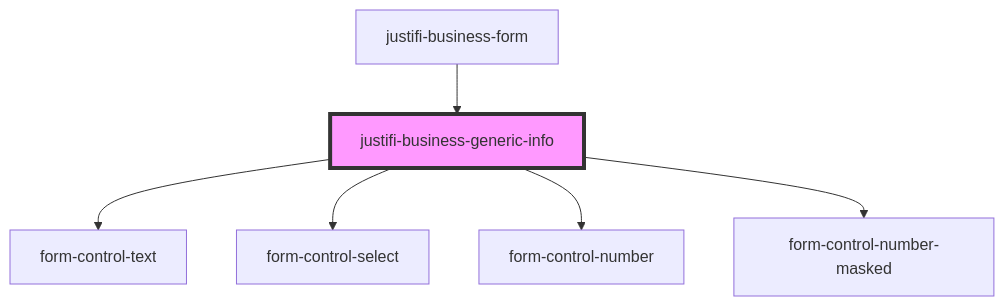
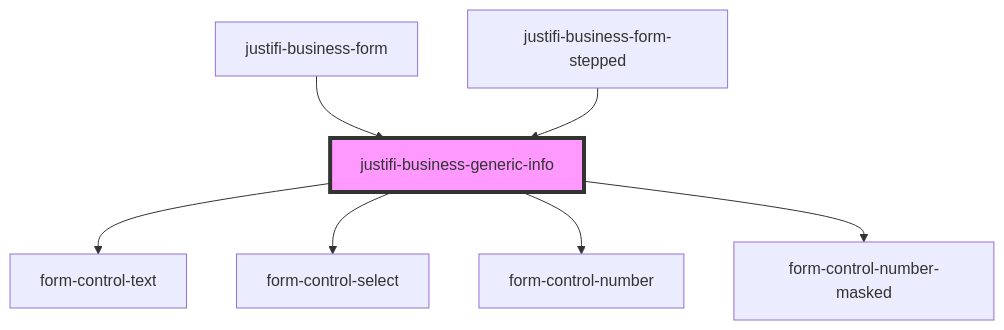
The diagram in stencil-library/src/components/business-form/business-generic-info/readme.md (justifi-tech/web-component-library), drawn with Mermaid before and after one commit. The commit also changed other lines of this file and 8 other files, not shown here.

Commit message:
business-form-stepped progress indicator

````diff
--- a/stencil-library/src/components/business-form/business-generic-info/readme.md
+++ b/stencil-library/src/components/business-form/business-generic-info/readme.md
@@ -29,9 +30,10 @@
 ```mermaid
 graph TD;
   justifi-business-generic-info --> form-control-text
   justifi-business-generic-info --> form-control-select
   justifi-business-generic-info --> form-control-number
   justifi-business-generic-info --> form-control-number-masked
   justifi-business-form --> justifi-business-generic-info
+  justifi-business-form-stepped --> justifi-business-generic-info
   style justifi-business-generic-info fill:#f9f,stroke:#333,stroke-width:4px
 ```
````
